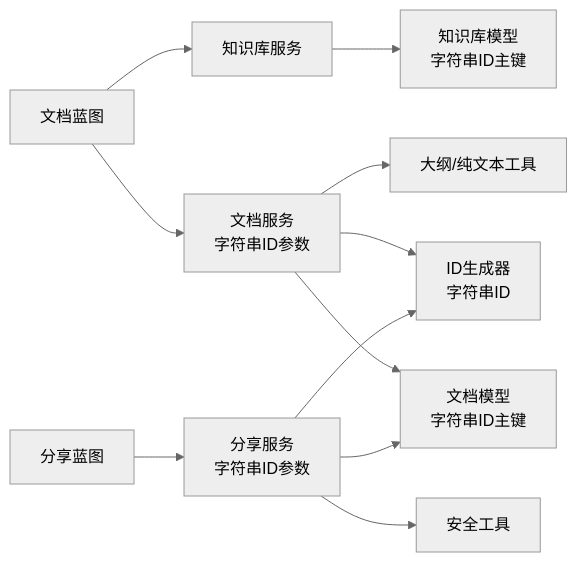
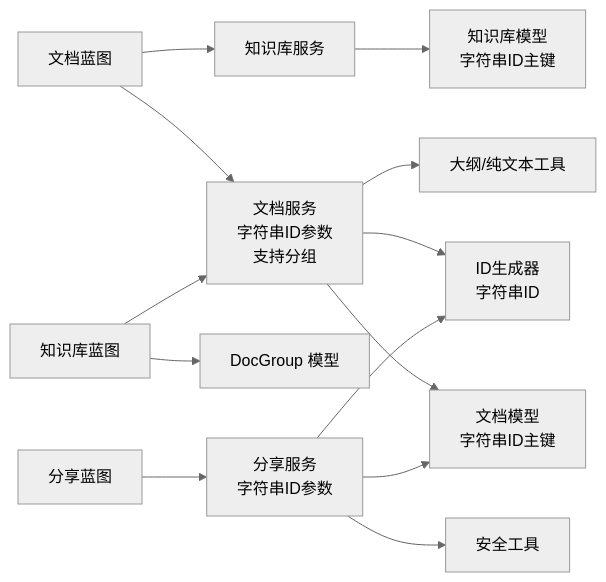
One commit to beyondalbert/my_wiki changed diagram 11 of 11 in .qoder/repowiki/zh/content/核心模块/文档管理系统/文档服务层.md. Above: the diagram before and after it, drawn with Mermaid (neutral theme). The commit also changed other lines of this file and 5 other files, not shown here.

````diff
--- a/.qoder/repowiki/zh/content/核心模块/文档管理系统/文档服务层.md
+++ b/.qoder/repowiki/zh/content/核心模块/文档管理系统/文档服务层.md
@@ -325,13 +444,15 @@
 ```mermaid
 graph LR
-BPDoc["文档蓝图"] --> DS["文档服务<br/>字符串ID参数"]
+BPDoc["文档蓝图"] --> DS["文档服务<br/>字符串ID参数<br/>支持分组"]
 BPShare["分享蓝图"] --> SS["分享服务<br/>字符串ID参数"]
+BPKB["知识库蓝图"] --> DS
+BPKB --> DG["DocGroup 模型"]
 DS --> DM["文档模型<br/>字符串ID主键"]
 SS --> DM
 DS --> OUT["大纲/纯文本工具"]
 SS --> SEC["安全工具"]
 DS --> IDS["ID生成器<br/>字符串ID"]
 SS --> IDS
 KBS["知识库服务"] --> KBM["知识库模型<br/>字符串ID主键"]
 BPDoc --> KBS
 ```
````
